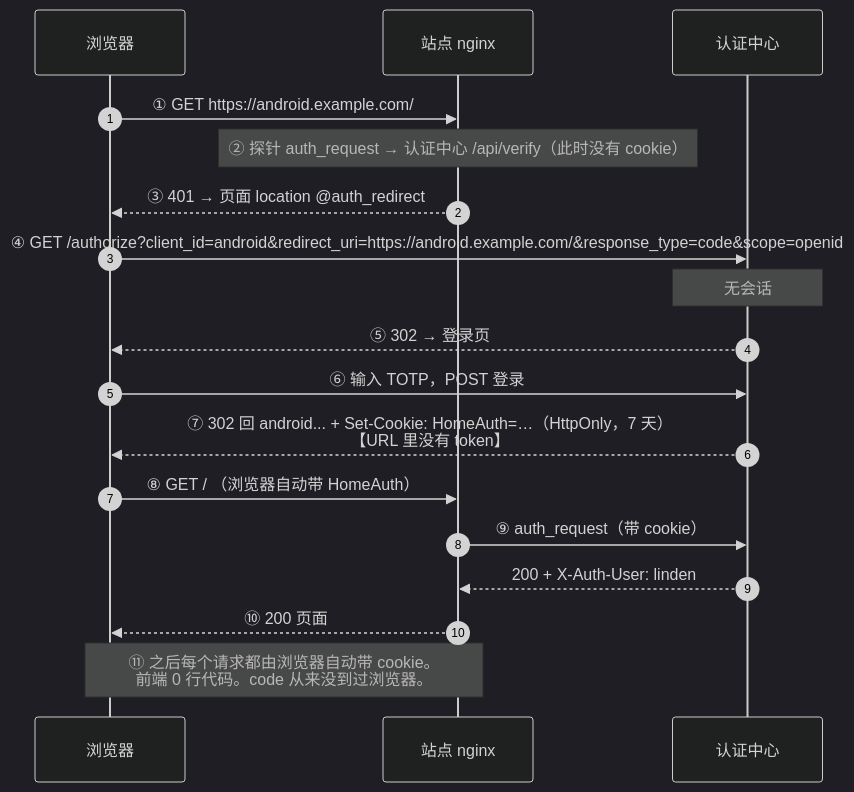
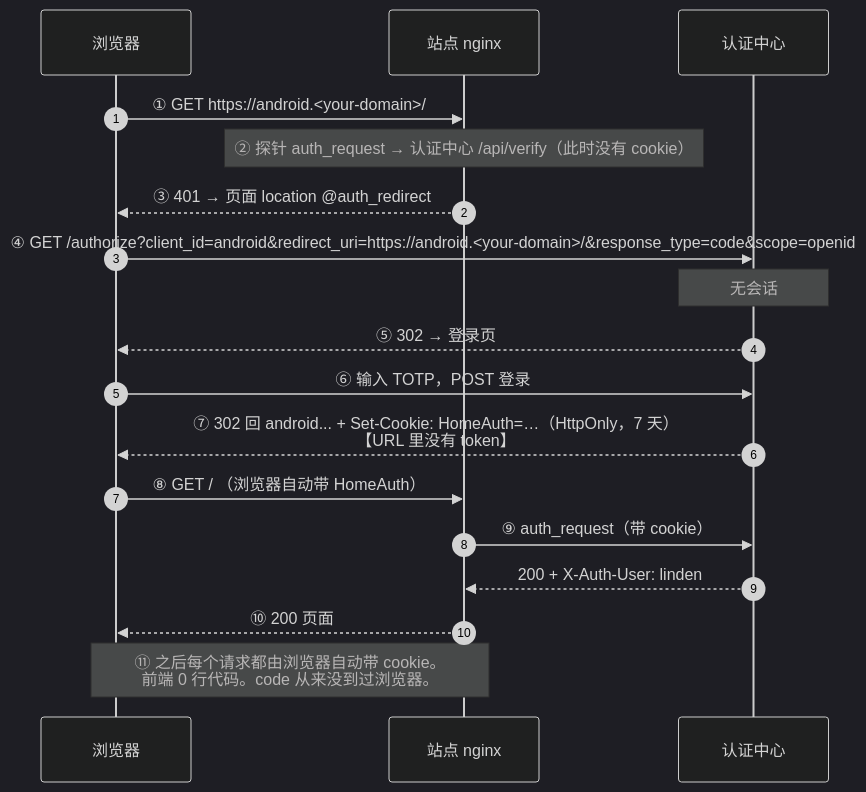
Before and after one commit to YLing2024/atrium-auth: the first of 2 diagrams in docs/SSO-SEQUENCE.md, drawn with Mermaid (dark theme). The commit also changed other lines of this file and 5 other files, not shown here.

````diff
--- a/docs/SSO-SEQUENCE.md
+++ b/docs/SSO-SEQUENCE.md
@@ -13,24 +13,24 @@
 ```mermaid
 sequenceDiagram
     autonumber
     participant B as 浏览器
     participant N as 站点 nginx
     participant A as 认证中心
 
-    B->>N: ① GET https://android.example.com/
+    B->>N: ① GET https://android.<your-domain>/
     Note over N: ② 探针 auth_request → 认证中心 /api/verify（此时没有 cookie）
     N-->>B: ③ 401 → 页面 location @auth_redirect
 
-    B->>A: ④ GET /authorize?client_id=android&redirect_uri=https://android.example.com/&response_type=code&scope=openid
+    B->>A: ④ GET /authorize?client_id=android&redirect_uri=https://android.<your-domain>/&response_type=code&scope=openid
     Note over A: 无会话
     A-->>B: ⑤ 302 → 登录页
     B->>A: ⑥ 输入 TOTP，POST 登录
     A-->>B: ⑦ 302 回 android... + Set-Cookie: HomeAuth=…（HttpOnly，7 天）<br/>【URL 里没有 token】
 
     B->>N: ⑧ GET / （浏览器自动带 HomeAuth）
     N->>A: ⑨ auth_request（带 cookie）
     A-->>N: 200 + X-Auth-User: linden
     N-->>B: ⑩ 200 页面
 
     Note over B,N: ⑪ 之后每个请求都由浏览器自动带 cookie。<br/>前端 0 行代码。code 从来没到过浏览器。
 ```
````
